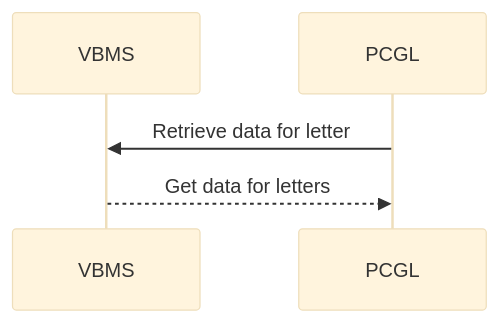
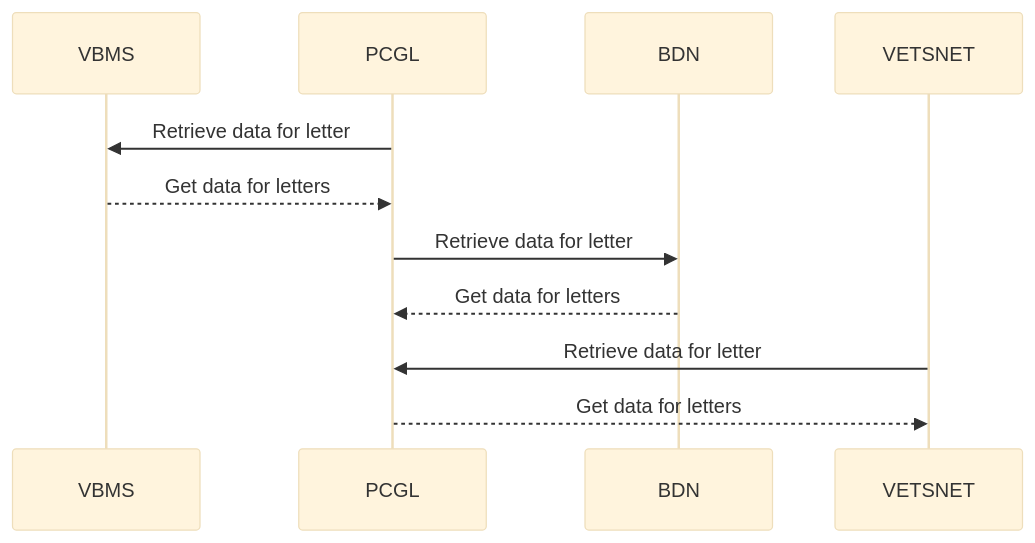
The diagram in PC Generated Letters.md (RickyJe/VBMS), drawn with Mermaid (base theme) before and after one commit.

Commit message:
Update PC Generated Letters.md

````diff
--- a/PC Generated Letters.md
+++ b/PC Generated Letters.md
@@ -2,7 +2,13 @@
 ```mermaid
 sequenceDiagram
     Participant VBMS
     Participant PCGL
+    Participant BDN
+    Participant VETSNET
     PCGL ->> VBMS :  Retrieve data for letter
     VBMS -->> PCGL : Get data for letters
+    PCGL ->> BDN :  Retrieve data for letter
+    BDN -->> PCGL  : Get data for letters
+    VETSNET ->> PCGL:  Retrieve data for letter
+    PCGL -->> VETSNET : Get data for letters
 ```
````
